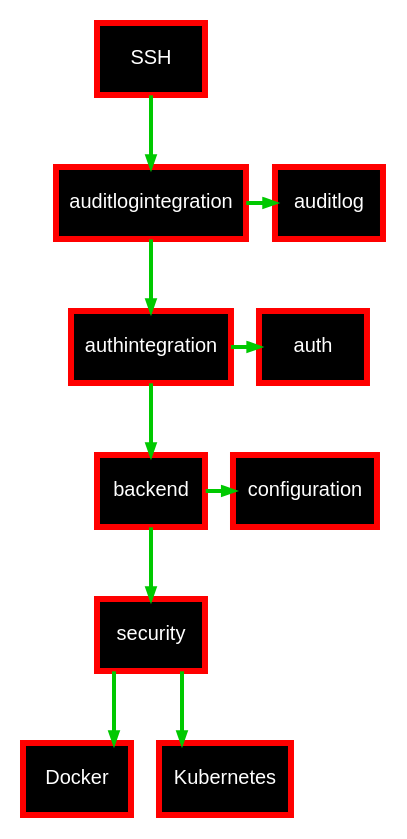
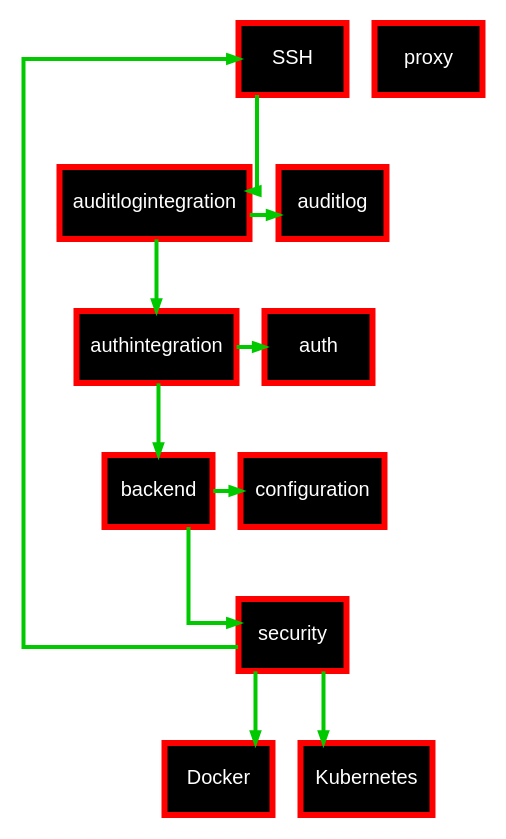
Before and after one commit to ContainerSSH/containerssh.github.io: the diagram in docs/development/containerssh/layers.dot, drawn with Graphviz. The commit also changed 3 other files, not shown here.

```diff
--- a/docs/development/containerssh/layers.dot
+++ b/docs/development/containerssh/layers.dot
@@ -1,33 +1,34 @@
 digraph layers {
     concentrate=true;
     fontname="Arial";
     graph [splines=ortho, nodesep=0.2, concentrate=true]
     node [shape=box, style=filled, fillcolor=black, color=red, fontcolor=white, fontsize=10, fontname="Arial", penwidth=3]
     edge [penwidth=2, color="#00C900", arrowsize=0.5, tailclip=true]
 
     SSH -> auditlogintegration
 
     subgraph auditlog {
         rank=same;
         auditlogintegration -> auditlog
     }
 
     auditlogintegration -> authintegration
 
     subgraph auth {
         rank=same;
         authintegration -> auth
     }
     authintegration -> backend
 
     subgraph config {
         rank=same;
         backend -> configuration
     }
 
     subgraph dynamic {
         backend -> security
         security -> Docker
         security -> Kubernetes
+        security -> SSH proxy
     }
 }
```
